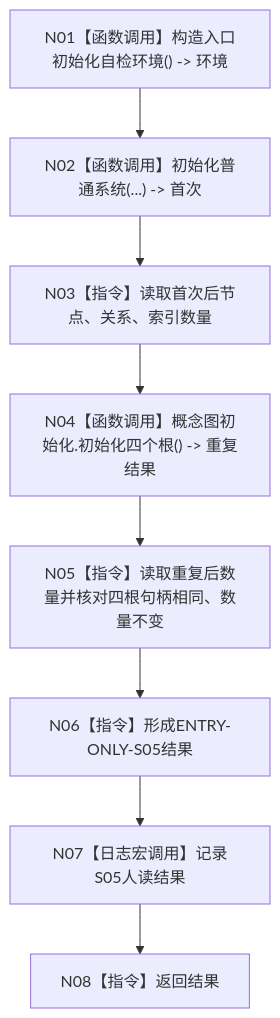
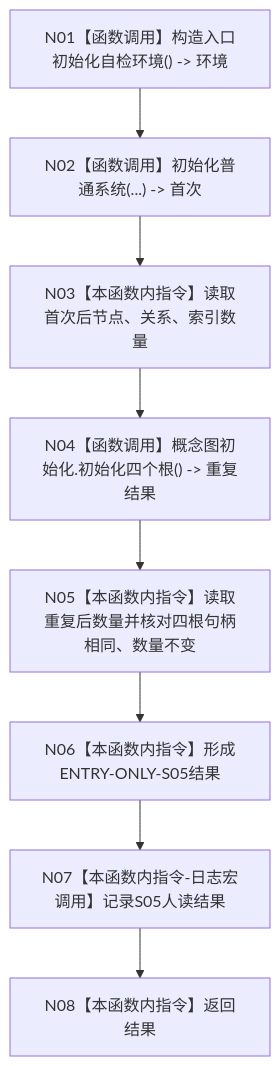
Before and after one commit to chunhaizh-cyber/HY-Ego: the diagram in 流程图/20260726_ENTRY-ONLY_S05_概念图重复初始化结构不变_施工流程图_v0.1.md, drawn with Mermaid. The commit also changed other lines of this file and 88 other files, not shown here.

````diff
--- a/流程图/20260726_ENTRY-ONLY_S05_概念图重复初始化结构不变_施工流程图_v0.1.md
+++ b/流程图/20260726_ENTRY-ONLY_S05_概念图重复初始化结构不变_施工流程图_v0.1.md
@@ -7,10 +27,10 @@
 ```mermaid
 flowchart TD
     N01["N01【函数调用】构造入口初始化自检环境() -> 环境"] --> N02["N02【函数调用】初始化普通系统(...) -> 首次"]
-    N02 --> N03["N03【指令】读取首次后节点、关系、索引数量"]
+    N02 --> N03["N03【本函数内指令】读取首次后节点、关系、索引数量"]
     N03 --> N04["N04【函数调用】概念图初始化.初始化四个根() -> 重复结果"]
-    N04 --> N05["N05【指令】读取重复后数量并核对四根句柄相同、数量不变"]
-    N05 --> N06["N06【指令】形成ENTRY-ONLY-S05结果"]
-    N06 --> N07["N07【日志宏调用】记录S05人读结果"]
-    N07 --> N08["N08【指令】返回结果"]
+    N04 --> N05["N05【本函数内指令】读取重复后数量并核对四根句柄相同、数量不变"]
+    N05 --> N06["N06【本函数内指令】形成ENTRY-ONLY-S05结果"]
+    N06 --> N07["N07【本函数内指令-日志宏调用】记录S05人读结果"]
+    N07 --> N08["N08【本函数内指令】返回结果"]
 ```
````
